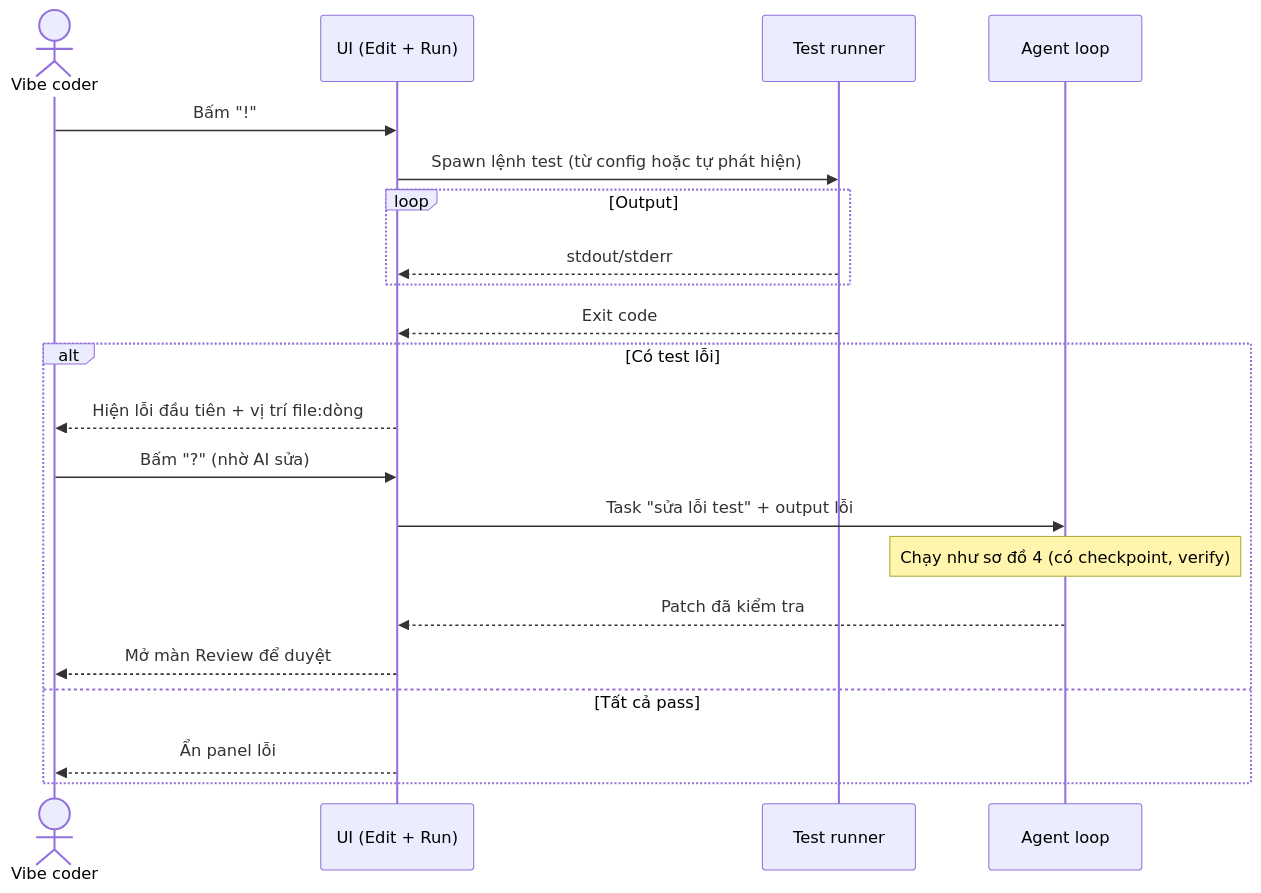
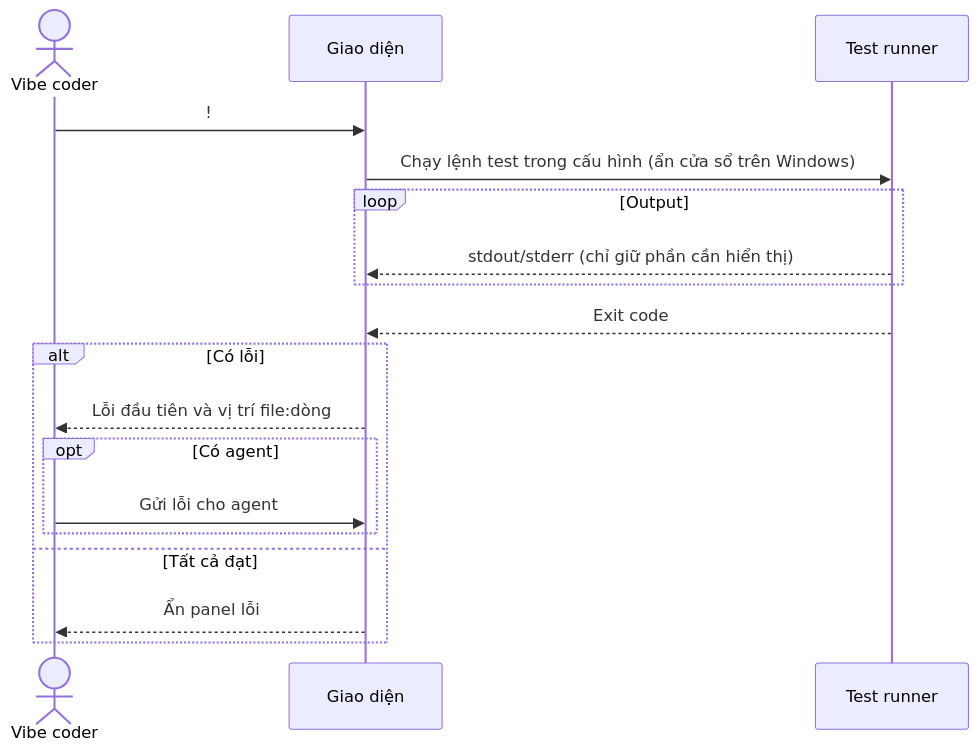
The seventh of 7 diagrams in docs/SEQUENCE.md (lhnhidev/dark), drawn with Mermaid before and after one commit. The commit also changed other lines of this file and 7 other files, not shown here.

Commit message:
docs: redefine product scope and roadmap

````diff
--- a/docs/SEQUENCE.md
+++ b/docs/SEQUENCE.md
@@ -149,24 +175,21 @@
 ```mermaid
 sequenceDiagram
     actor U as Vibe coder
-    participant UI as UI (Edit + Run)
-    participant R as Test runner
-    participant AG as Agent loop
+    participant UI as Giao diện
+    participant T as Test runner
 
-    U->>UI: Bấm "!"
-    UI->>R: Spawn lệnh test (từ config hoặc tự phát hiện)
+    U->>UI: !
+    UI->>T: Chạy lệnh test trong cấu hình (ẩn cửa sổ trên Windows)
     loop Output
-        R-->>UI: stdout/stderr
+        T-->>UI: stdout/stderr (chỉ giữ phần cần hiển thị)
     end
-    R-->>UI: Exit code
-    alt Có test lỗi
-        UI-->>U: Hiện lỗi đầu tiên + vị trí file:dòng
-        U->>UI: Bấm "?" (nhờ AI sửa)
-        UI->>AG: Task "sửa lỗi test" + output lỗi
-        Note over AG: Chạy như sơ đồ 4 (có checkpoint, verify)
-        AG-->>UI: Patch đã kiểm tra
-        UI-->>U: Mở màn Review để duyệt
-    else Tất cả pass
+    T-->>UI: Exit code
+    alt Có lỗi
+        UI-->>U: Lỗi đầu tiên và vị trí file:dòng
+        opt Có agent
+            U->>UI: Gửi lỗi cho agent
+        end
+    else Tất cả đạt
         UI-->>U: Ẩn panel lỗi
     end
 ```
````
